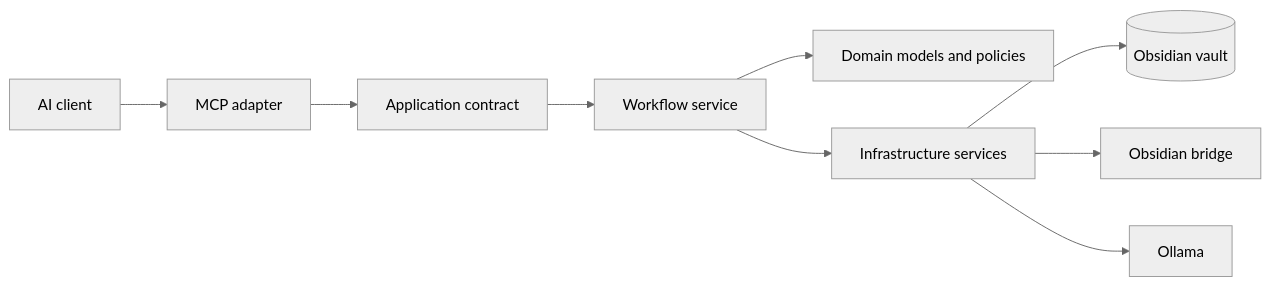
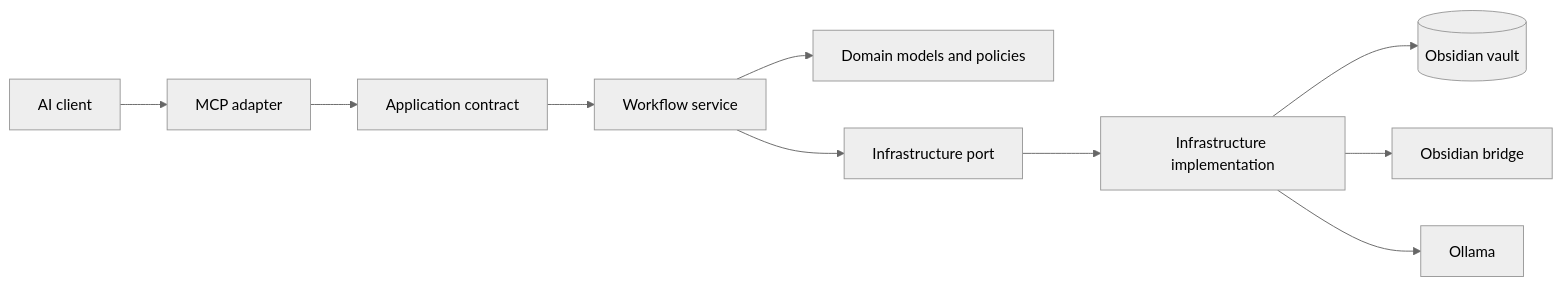
One commit to sandovaldavid/kioku changed the first of 2 diagrams in docs/architecture.md. Above: the diagram before and after it, drawn with Mermaid (neutral theme). The commit also changed other lines of this file and 13 other files, not shown here.

````diff
--- a/docs/architecture.md
+++ b/docs/architecture.md
@@ -7,11 +7,12 @@
 ```mermaid
 flowchart LR
     Client[AI client] --> MCP[MCP adapter]
     MCP --> App[Application contract]
     App --> Workflow[Workflow service]
     Workflow --> Domain[Domain models and policies]
-    Workflow --> Infra[Infrastructure services]
+    Workflow --> Port[Infrastructure port]
+    Port --> Infra[Infrastructure implementation]
     Infra --> Vault[(Obsidian vault)]
     Infra --> Bridge[Obsidian bridge]
     Infra --> Ollama[Ollama]
 ```
````
